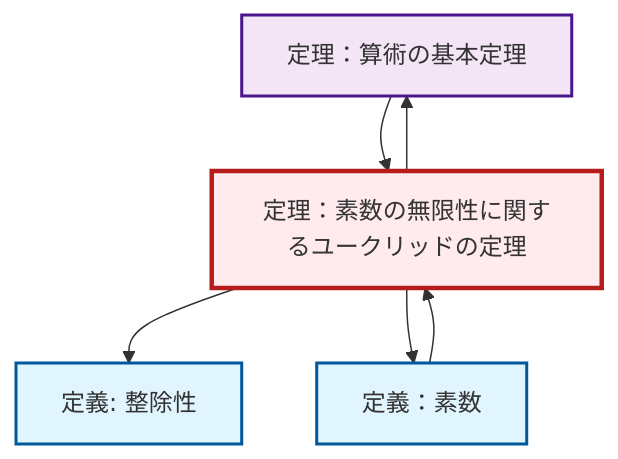
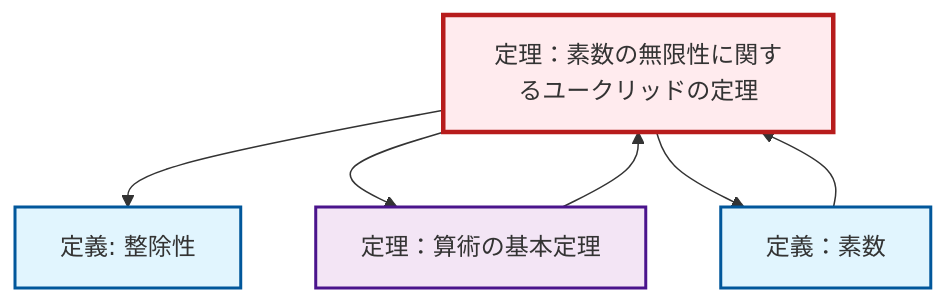
Before and after one commit to RK0429/ModernMath: the diagram in content/ja/number-theory/thm-euclid-infinitude-primes.qmd, drawn with Mermaid. The commit also changed other lines of this file and 1012 other files, not shown here.

````diff
--- a/content/ja/number-theory/thm-euclid-infinitude-primes.qmd
+++ b/content/ja/number-theory/thm-euclid-infinitude-primes.qmd
@@ -95,22 +95,22 @@
 ```{mermaid}
 %%| fig-cap: "Local dependency graph"
 graph TD
     classDef definition fill:#e1f5fe,stroke:#01579b,stroke-width:2px
     classDef theorem fill:#f3e5f5,stroke:#4a148c,stroke-width:2px
     classDef axiom fill:#fff3e0,stroke:#e65100,stroke-width:2px
     classDef example fill:#e8f5e9,stroke:#1b5e20,stroke-width:2px
     classDef current fill:#ffebee,stroke:#b71c1c,stroke-width:3px
-    thm-fundamental-arithmetic["定理：算術の基本定理"]:::theorem
+    thm-euclid-infinitude-primes["定理：素数の無限性に関するユークリッドの定理"]:::theorem
     def-prime["定義：素数"]:::definition
     def-divisibility["定義: 整除性"]:::definition
-    thm-euclid-infinitude-primes["定理：素数の無限性に関するユークリッドの定理"]:::theorem
+    thm-fundamental-arithmetic["定理：算術の基本定理"]:::theorem
+    thm-euclid-infinitude-primes --> def-divisibility
     def-prime --> thm-euclid-infinitude-primes
+    thm-fundamental-arithmetic --> thm-euclid-infinitude-primes
     thm-euclid-infinitude-primes --> thm-fundamental-arithmetic
-    thm-fundamental-arithmetic --> thm-euclid-infinitude-primes
-    thm-euclid-infinitude-primes --> def-divisibility
     thm-euclid-infinitude-primes --> def-prime
     class thm-euclid-infinitude-primes current
-    click thm-fundamental-arithmetic "thm-fundamental-arithmetic.html" "定理：算術の基本定理へ"
     click def-prime "def-prime.html" "定義：素数へ"
     click def-divisibility "def-divisibility.html" "整除性の定義へ"
+    click thm-fundamental-arithmetic "thm-fundamental-arithmetic.html" "定理：算術の基本定理へ"
 ```
````
